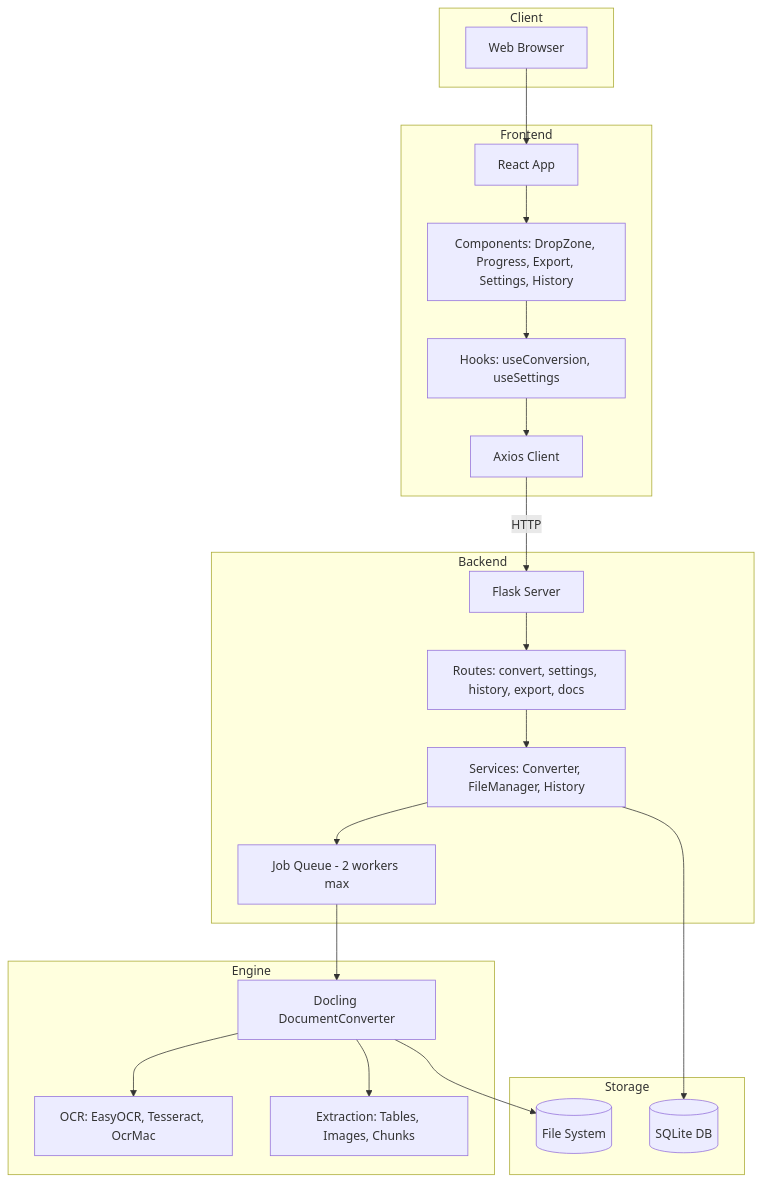
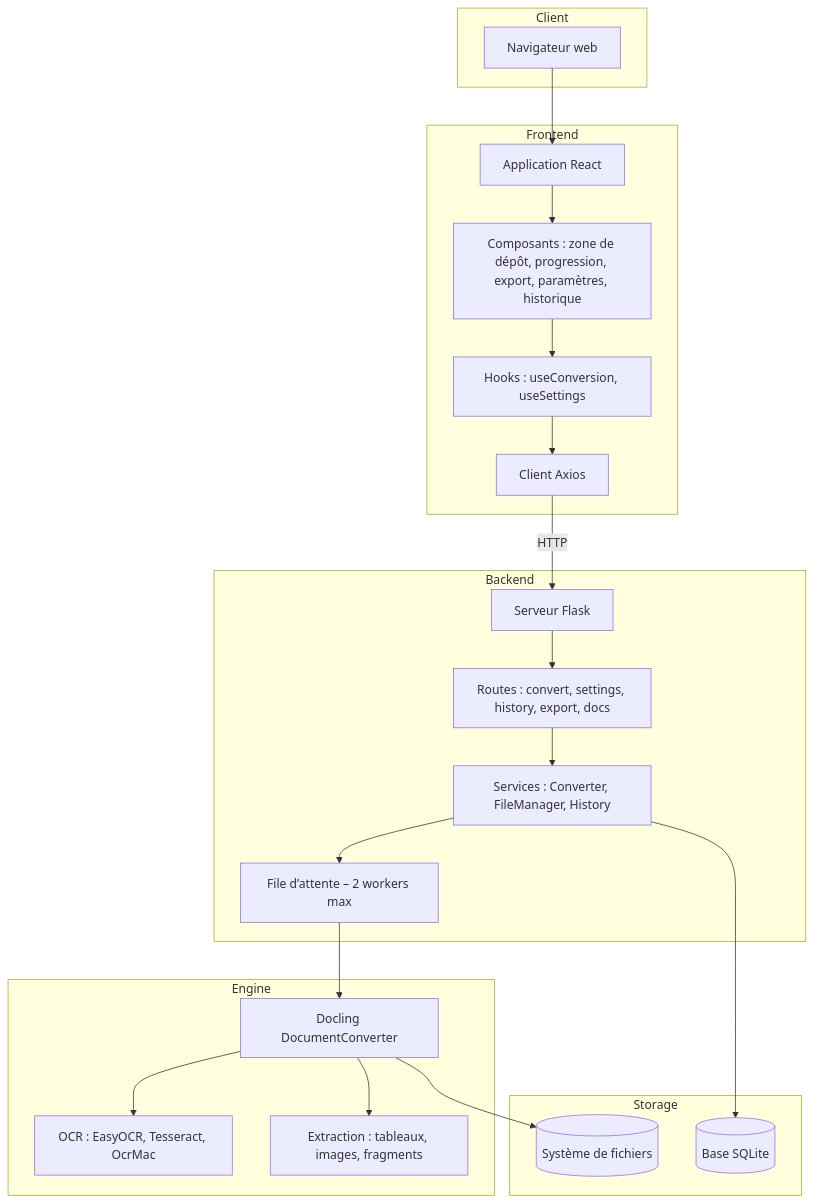
The third of 8 diagrams in docs/fr/architecture/diagrams.md (duckling-ui/duckling), drawn with Mermaid before and after one commit. The commit also changed other lines of this file and 133 other files, not shown here.

````diff
--- a/docs/fr/architecture/diagrams.md
+++ b/docs/fr/architecture/diagrams.md
@@ -50,45 +50,45 @@
 ```mermaid
 graph TB
     subgraph Client
-        Browser[Web Browser]
+        Browser[Navigateur web]
     end
 
     subgraph Frontend
-        React[React App]
-        Components[Components: DropZone, Progress, Export, Settings, History]
-        Hooks[Hooks: useConversion, useSettings]
-        APIClient[Axios Client]
+        React[Application React]
+        Components[Composants : zone de dépôt, progression, export, paramètres, historique]
+        Hooks[Hooks : useConversion, useSettings]
+        APIClient[Client Axios]
     end
 
     subgraph Backend
-        Flask[Flask Server]
-        Routes[Routes: convert, settings, history, export, docs]
-        Services[Services: Converter, FileManager, History]
-        JobQueue[Job Queue - 2 workers max]
+        Flask[Serveur Flask]
+        Routes[Routes : convert, settings, history, export, docs]
+        Services[Services : Converter, FileManager, History]
+        JobQueue[File d’attente – 2 workers max]
     end
 
     subgraph Engine
         Docling[Docling DocumentConverter]
-        OCR[OCR: EasyOCR, Tesseract, OcrMac]
-        Extract[Extraction: Tables, Images, Chunks]
+        OCR[OCR : EasyOCR, Tesseract, OcrMac]
+        Extract[Extraction : tableaux, images, fragments]
     end
 
     subgraph Storage
-        SQLite[(SQLite DB)]
-        FileSystem[(File System)]
+        SQLite[(Base SQLite)]
+        FileSystem[(Système de fichiers)]
     end
 
     Browser --> React
     React --> Components
     Components --> Hooks
     Hooks --> APIClient
     APIClient -->|HTTP| Flask
     Flask --> Routes
     Routes --> Services
     Services --> JobQueue
     JobQueue --> Docling
     Docling --> OCR
     Docling --> Extract
     Services --> SQLite
     Docling --> FileSystem
 ```
````
